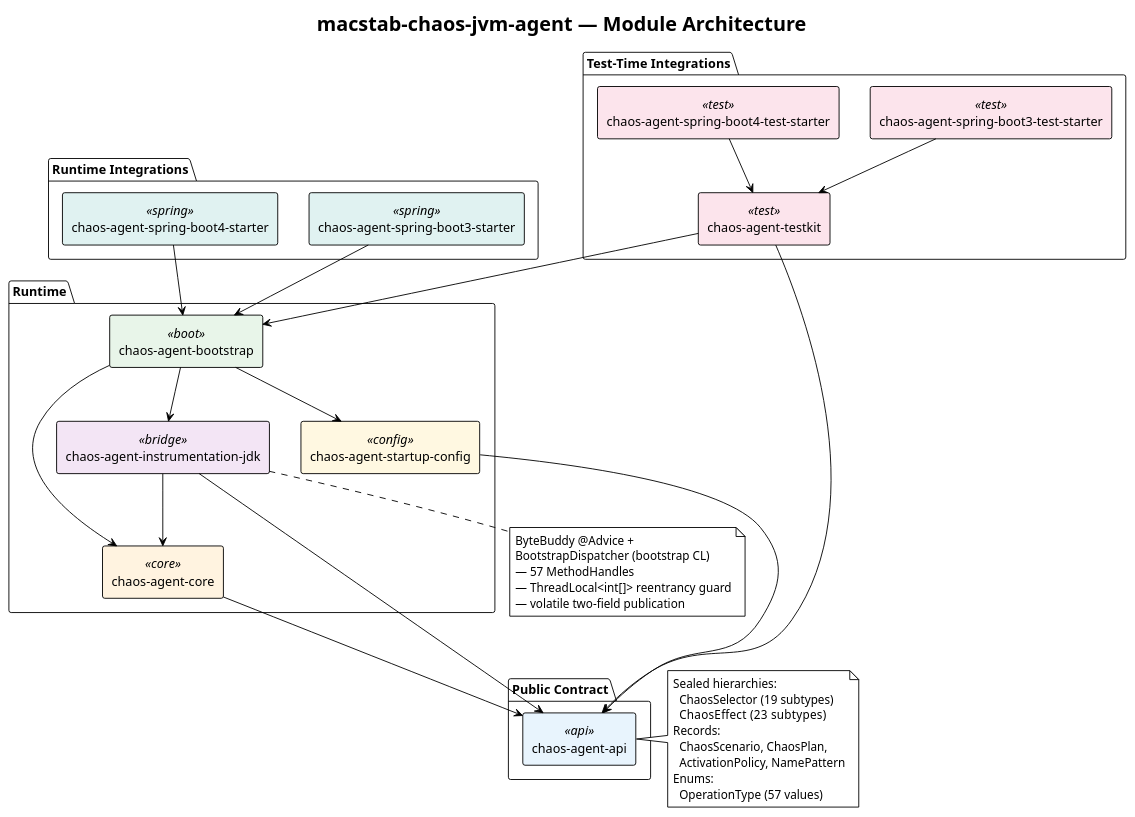
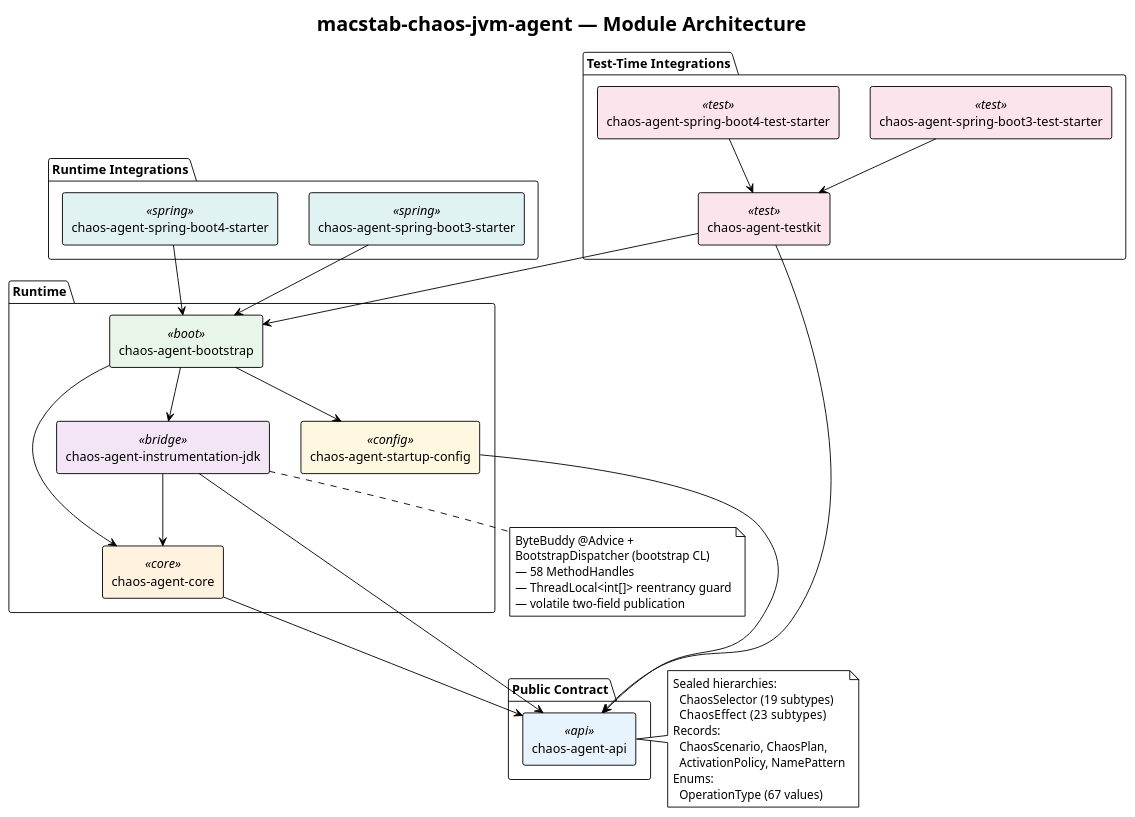
Before and after one commit to macstab/macstab-chaos-jvm-agent: the diagram in README.md, drawn with PlantUML. The commit also changed other lines of this file and 11 other files, not shown here.

````diff
--- a/README.md
+++ b/README.md
@@ -780,76 +784,76 @@
 ```plantuml
 @startuml
 !theme plain
 title macstab-chaos-jvm-agent — Module Architecture
 
 skinparam componentStyle rectangle
 skinparam component {
   BackgroundColor<<api>> #E8F4FD
   BackgroundColor<<core>> #FFF3E0
   BackgroundColor<<bridge>> #F3E5F5
   BackgroundColor<<boot>> #E8F5E9
   BackgroundColor<<config>> #FFF8E1
   BackgroundColor<<test>> #FCE4EC
   BackgroundColor<<spring>> #E0F2F1
 }
 
 package "Public Contract" {
   [chaos-agent-api] <<api>>
 }
 
 package "Runtime" {
   [chaos-agent-core]                  <<core>>
   [chaos-agent-instrumentation-jdk]   <<bridge>>
   [chaos-agent-startup-config]        <<config>>
   [chaos-agent-bootstrap]             <<boot>>
 }
 
 package "Test-Time Integrations" {
   [chaos-agent-testkit]                     <<test>>
   [chaos-agent-spring-boot3-test-starter]   <<test>>
   [chaos-agent-spring-boot4-test-starter]   <<test>>
 }
 
 package "Runtime Integrations" {
   [chaos-agent-spring-boot3-starter]  <<spring>>
   [chaos-agent-spring-boot4-starter]  <<spring>>
 }
 
 [chaos-agent-core]                --> [chaos-agent-api]
 [chaos-agent-instrumentation-jdk] --> [chaos-agent-core]
 [chaos-agent-instrumentation-jdk] --> [chaos-agent-api]
 [chaos-agent-startup-config]      --> [chaos-agent-api]
 
 [chaos-agent-bootstrap] --> [chaos-agent-core]
 [chaos-agent-bootstrap] --> [chaos-agent-instrumentation-jdk]
 [chaos-agent-bootstrap] --> [chaos-agent-startup-config]
 
 [chaos-agent-testkit]                   --> [chaos-agent-bootstrap]
 [chaos-agent-testkit]                   --> [chaos-agent-api]
 [chaos-agent-spring-boot3-test-starter] --> [chaos-agent-testkit]
 [chaos-agent-spring-boot4-test-starter] --> [chaos-agent-testkit]
 
 [chaos-agent-spring-boot3-starter] --> [chaos-agent-bootstrap]
 [chaos-agent-spring-boot4-starter] --> [chaos-agent-bootstrap]
 
 note right of [chaos-agent-api]
   Sealed hierarchies:
     ChaosSelector (19 subtypes)
     ChaosEffect   (23 subtypes)
   Records:
     ChaosScenario, ChaosPlan,
     ActivationPolicy, NamePattern
   Enums:
-    OperationType (57 values)
+    OperationType (67 values)
 end note
 
 note bottom of [chaos-agent-instrumentation-jdk]
   ByteBuddy @Advice +
   BootstrapDispatcher (bootstrap CL)
-  — 57 MethodHandles
+  — 58 MethodHandles
   — ThreadLocal<int[]> reentrancy guard
   — volatile two-field publication
 end note
 
 @enduml
 ```
````
